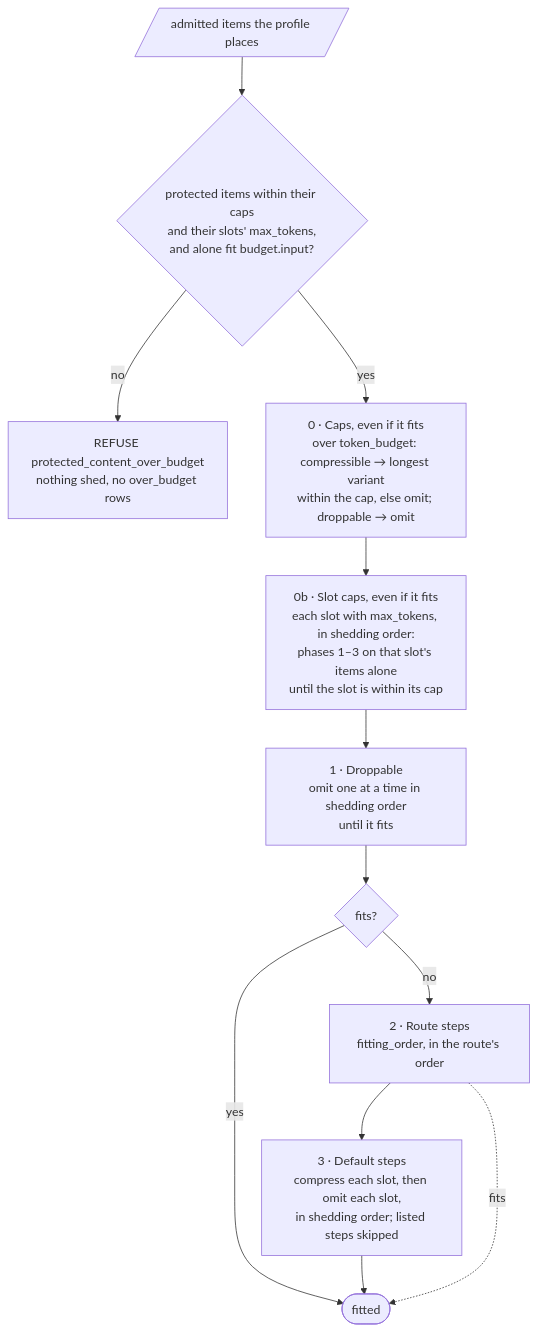
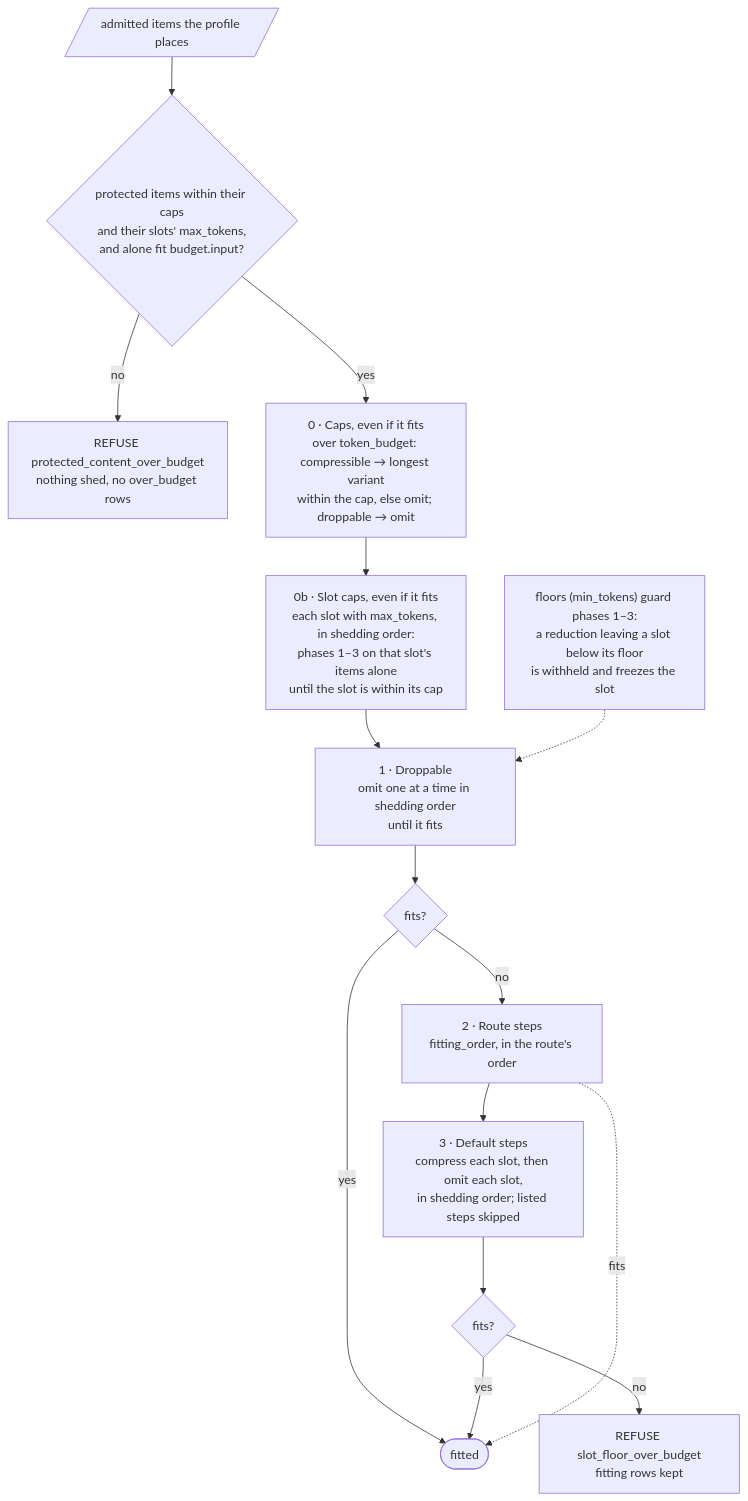
Diagram 11 of 23 in docs/DESIGN.md (contextwindowarchitecture/assembler-python), drawn with Mermaid before and after one commit. The commit also changed other lines of this file and 9 other files, not shown here.

First line of the commit message:
feat(fitting): hold slots at the route's min_tokens floors

````diff
--- a/docs/DESIGN.md
+++ b/docs/DESIGN.md
@@ -459,14 +459,17 @@
 ```mermaid
 flowchart TD
   A[/"admitted items the profile places"/] --> P{"protected items within their caps<br/>and their slots' max_tokens,<br/>and alone fit budget.input?"}
   P -- no --> R1["REFUSE protected_content_over_budget<br/>nothing shed, no over_budget rows"]
   P -- yes --> K["0 · Caps, even if it fits<br/>over token_budget: compressible → longest variant<br/>within the cap, else omit; droppable → omit"]
   K --> SC["0b · Slot caps, even if it fits<br/>each slot with max_tokens, in shedding order:<br/>phases 1–3 on that slot's items alone<br/>until the slot is within its cap"]
   SC --> D["1 · Droppable<br/>omit one at a time in shedding order<br/>until it fits"]
   D --> F1{fits?}
   F1 -- yes --> OK([fitted])
   F1 -- no --> S["2 · Route steps<br/>fitting_order, in the route's order"]
   S --> C["3 · Default steps<br/>compress each slot, then omit each slot,<br/>in shedding order; listed steps skipped"]
-  C --> OK
+  C --> F2{fits?}
+  F2 -- yes --> OK
+  F2 -- no --> R2["REFUSE slot_floor_over_budget<br/>fitting rows kept"]
   S -. "fits" .-> OK
+  FL["floors (min_tokens) guard phases 1–3:<br/>a reduction leaving a slot below its floor<br/>is withheld and freezes the slot"] -.-> D
 ```
````
